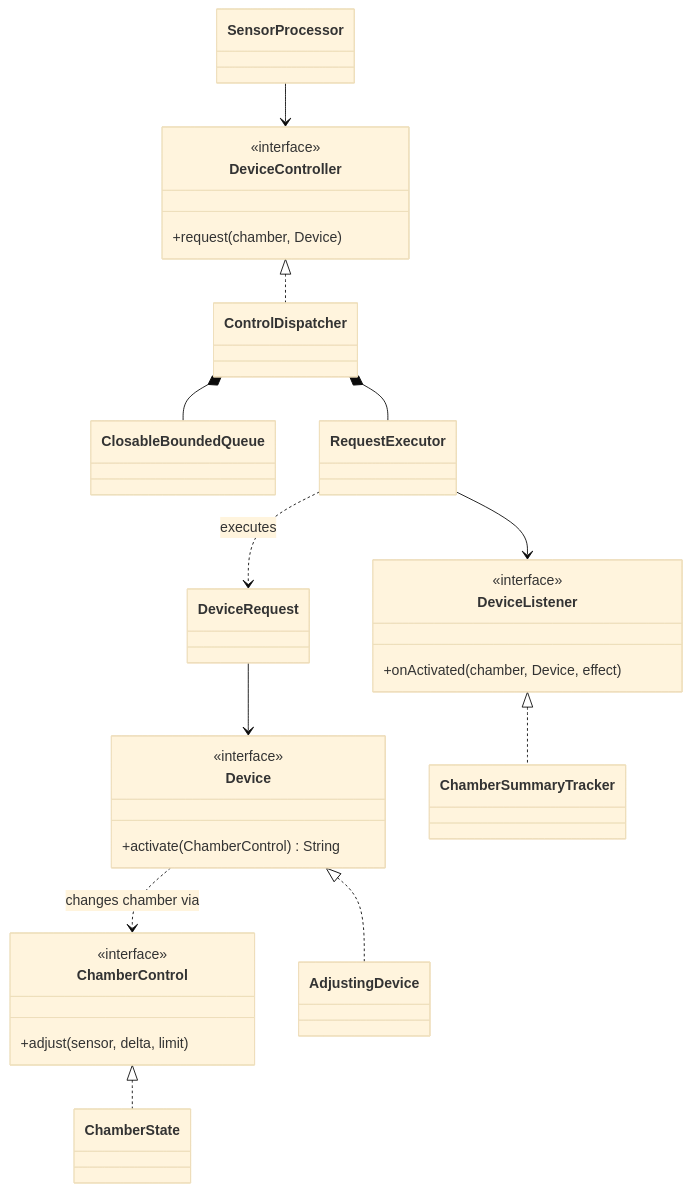
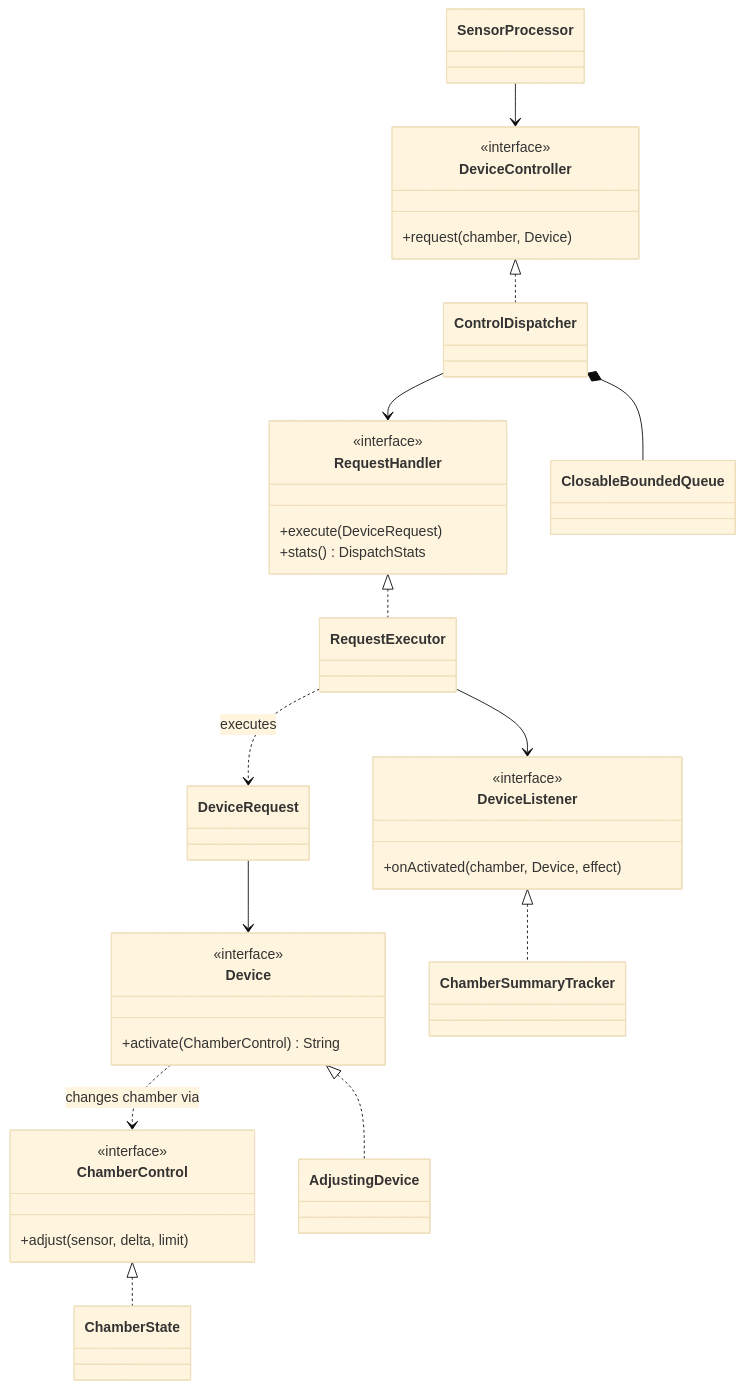
Before and after one commit to jarenlimhaan/se301-svfrms: the fourth of 4 diagrams in README.md, drawn with Mermaid (base theme). The commit also changed other lines of this file and 34 other files, not shown here.

````diff
--- a/README.md
+++ b/README.md
@@ -192,31 +192,37 @@
 ```mermaid
 classDiagram
     direction TB
     class DeviceController {
         <<interface>>
         +request(chamber, Device)
+    }
+    class RequestHandler {
+        <<interface>>
+        +execute(DeviceRequest)
+        +stats() DispatchStats
     }
     class Device {
         <<interface>>
         +activate(ChamberControl) String
     }
     class ChamberControl {
         <<interface>>
         +adjust(sensor, delta, limit)
     }
     class DeviceListener {
         <<interface>>
         +onActivated(chamber, Device, effect)
     }
     SensorProcessor --> DeviceController
     DeviceController <|.. ControlDispatcher
     ControlDispatcher *-- ClosableBoundedQueue
-    ControlDispatcher *-- RequestExecutor
+    ControlDispatcher --> RequestHandler
+    RequestHandler <|.. RequestExecutor
     RequestExecutor ..> DeviceRequest : executes
     DeviceRequest --> Device
     Device <|.. AdjustingDevice
     Device ..> ChamberControl : changes chamber via
     ChamberControl <|.. ChamberState
     RequestExecutor --> DeviceListener
     DeviceListener <|.. ChamberSummaryTracker
 ```
````
